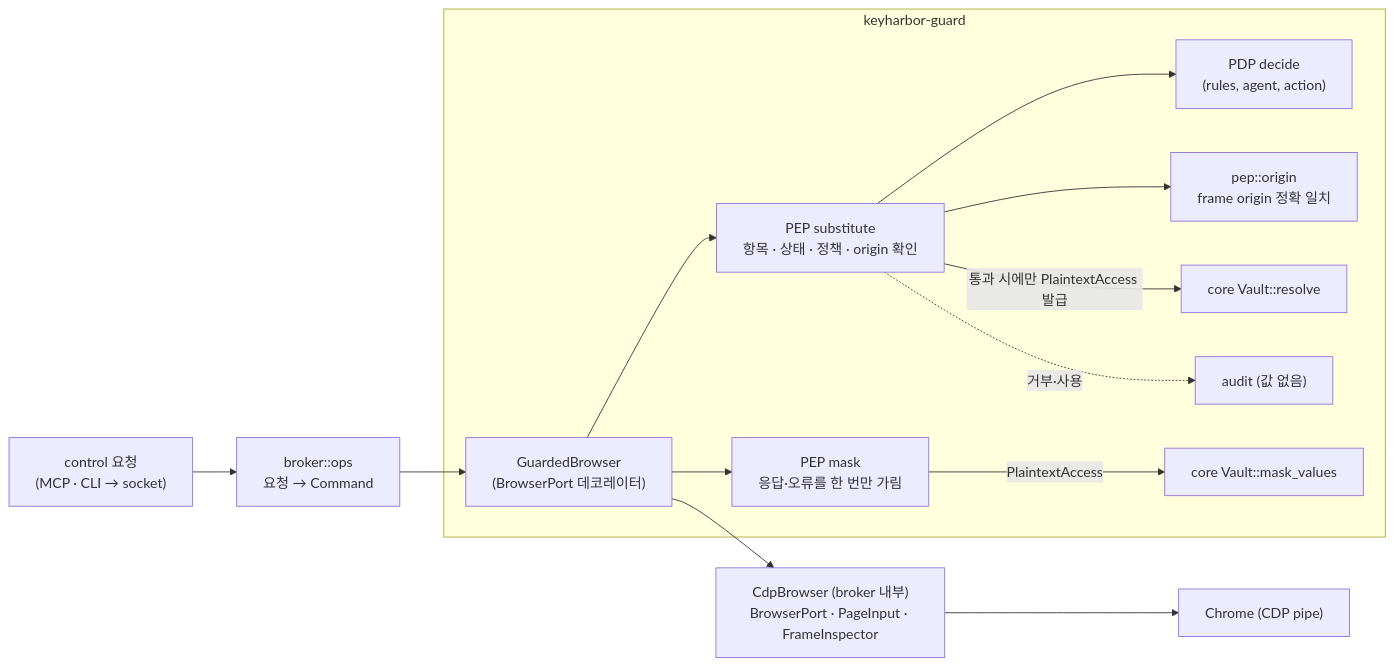
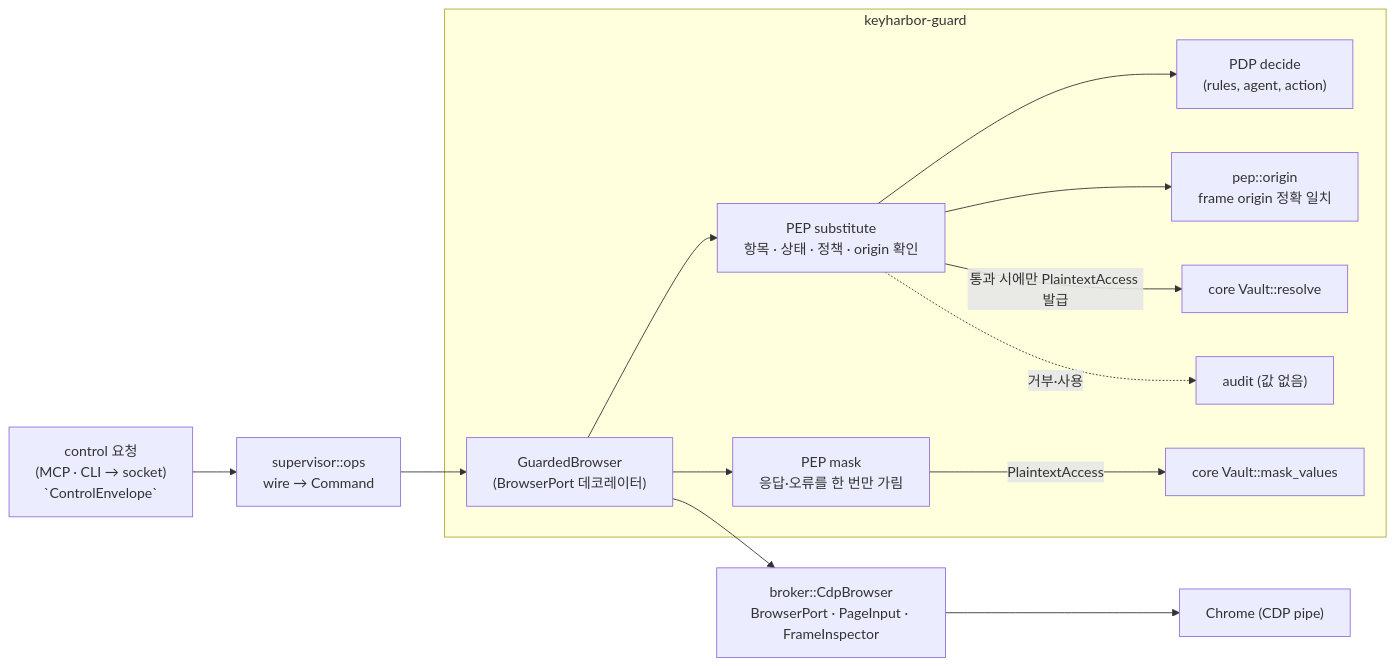
The fourth of 17 diagrams in docs/design/02-system-architecture.md (LeeSwallow/KeyHarbor), drawn with Mermaid before and after one commit. The commit also changed other lines of this file and 43 other files, not shown here.

First line of the commit message:
refactor: supervisor crate composes broker and guard (#28)

````diff
--- a/docs/design/02-system-architecture.md
+++ b/docs/design/02-system-architecture.md
@@ -143,16 +145,16 @@
 ```mermaid
 flowchart LR
-  req["control 요청<br/>(MCP · CLI → socket)"] --> ops["broker::ops<br/>요청 → Command"]
+  req["control 요청<br/>(MCP · CLI → socket)<br/>`ControlEnvelope`"] --> ops["supervisor::ops<br/>wire → Command"]
   ops --> gb["GuardedBrowser<br/>(BrowserPort 데코레이터)"]
   subgraph guard["keyharbor-guard"]
     gb --> sub["PEP substitute<br/>항목 · 상태 · 정책 · origin 확인"]
     sub --> pdp["PDP decide<br/>(rules, agent, action)"]
     sub --> org["pep::origin<br/>frame origin 정확 일치"]
     sub -->|"통과 시에만 PlaintextAccess 발급"| res["core Vault::resolve"]
     gb --> mask["PEP mask<br/>응답·오류를 한 번만 가림"]
     mask -->|"PlaintextAccess"| mv["core Vault::mask_values"]
     sub -.->|"거부·사용"| aud["audit (값 없음)"]
   end
-  gb --> raw["CdpBrowser (broker 내부)<br/>BrowserPort · PageInput · FrameInspector"]
+  gb --> raw["broker::CdpBrowser<br/>BrowserPort · PageInput · FrameInspector"]
   raw --> chrome["Chrome (CDP pipe)"]
 ```
````
